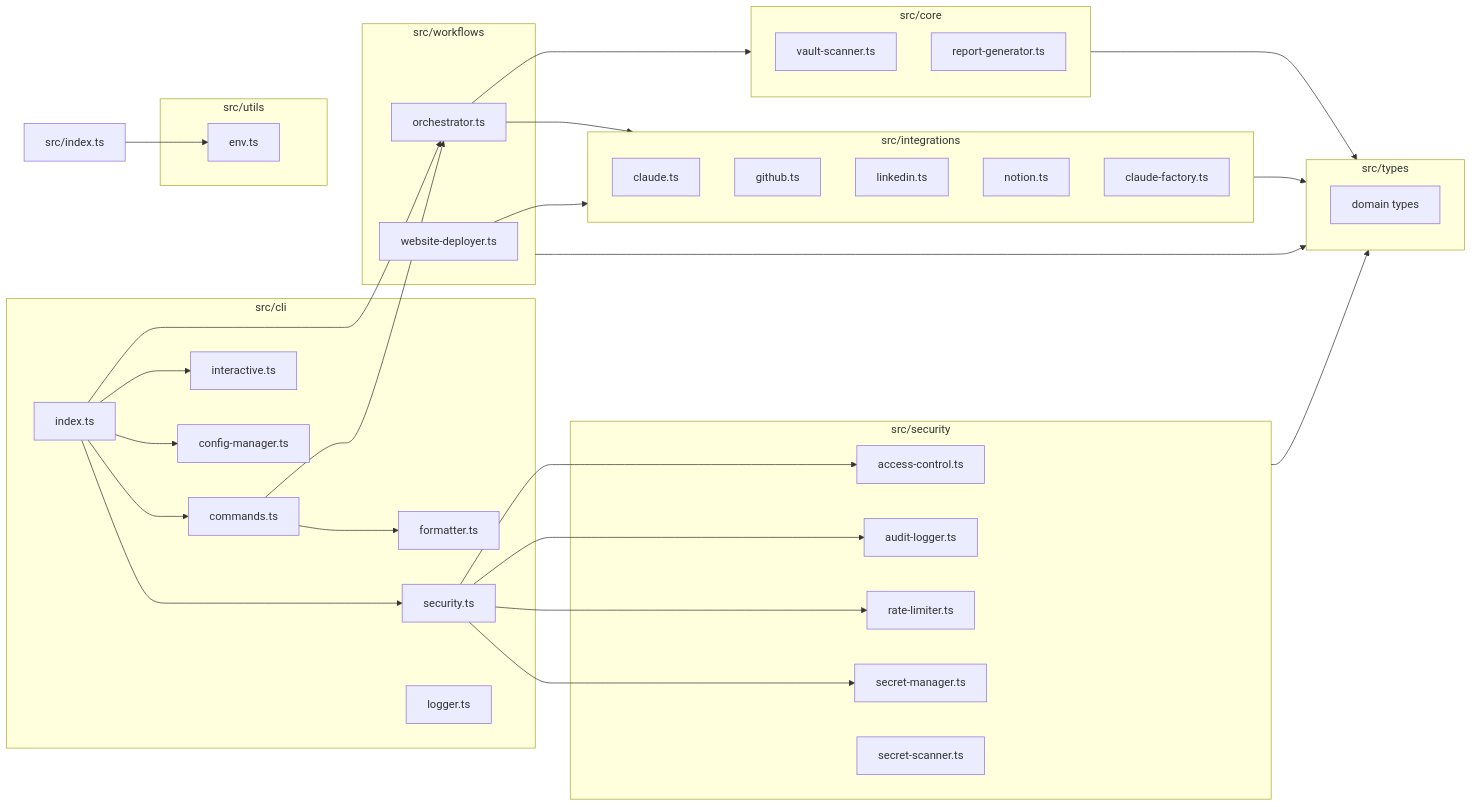
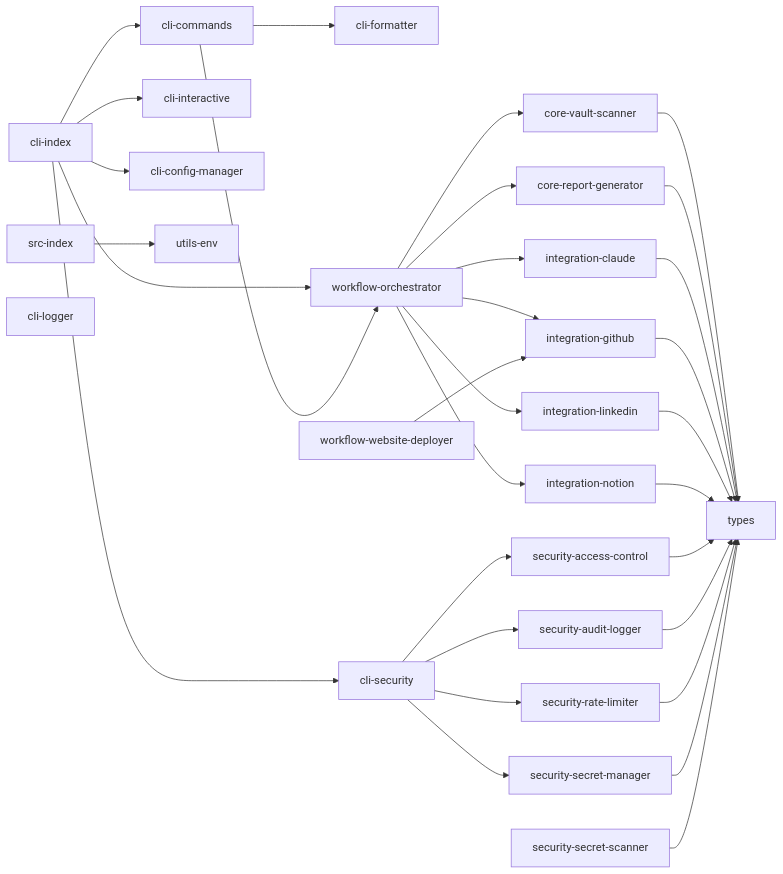
Before and after one commit to pandol69kim-bot/gitautopipe: the second of 4 diagrams in 프로젝트 전체 구조도.md, drawn with Mermaid. The commit also changed other lines of this file and 1 other file, not shown here.

Commit message:
feat: Update project diagrams to improve Mermaid compatibility and clarity

````diff
--- a/프로젝트 전체 구조도.md
+++ b/프로젝트 전체 구조도.md
@@ -35,72 +32,56 @@
 ```mermaid
-flowchart LR
-  Entry["src/index.ts"]
-
-  subgraph CLI["src/cli"]
-    CLIIndex["index.ts"]
-    Commands["commands.ts"]
-    Interactive["interactive.ts"]
-    Formatter["formatter.ts"]
-    ConfigManager["config-manager.ts"]
-    CLISecurity["security.ts"]
-    Logger["logger.ts"]
-  end
-
-  subgraph Core["src/core"]
-    Vault["vault-scanner.ts"]
-    Report["report-generator.ts"]
-  end
-
-  subgraph Integrations["src/integrations"]
-    Claude["claude.ts"]
-    GitHub["github.ts"]
-    LinkedIn["linkedin.ts"]
-    Notion["notion.ts"]
-    ClaudeFactory["claude-factory.ts"]
-  end
-
-  subgraph Workflows["src/workflows"]
-    Orchestrator["orchestrator.ts"]
-    Deployer["website-deployer.ts"]
-  end
-
-  subgraph Security["src/security"]
-    Access["access-control.ts"]
-    Audit["audit-logger.ts"]
-    Rate["rate-limiter.ts"]
-    Secrets["secret-manager.ts"]
-    Scanner["secret-scanner.ts"]
-  end
-
-  subgraph Types["src/types"]
-    TypeDefs["domain types"]
-  end
-
-  subgraph Utils["src/utils"]
-    EnvUtil["env.ts"]
-  end
-
-  Entry --> EnvUtil
-  CLIIndex --> Commands
-  CLIIndex --> Interactive
-  CLIIndex --> ConfigManager
-  CLIIndex --> CLISecurity
-  CLIIndex --> Orchestrator
-
-  Commands --> Orchestrator
-  Commands --> Formatter
-
-  CLISecurity --> Access
-  CLISecurity --> Audit
-  CLISecurity --> Rate
-  CLISecurity --> Secrets
-
-  Orchestrator --> Core
-  Orchestrator --> Integrations
-  Deployer --> Integrations
-
-  Core --> Types
-  Integrations --> Types
-  Workflows --> Types
-  Security --> Types
+graph LR
+Entry[src-index]
+CLIIndex[cli-index]
+Commands[cli-commands]
+Interactive[cli-interactive]
+Formatter[cli-formatter]
+ConfigManager[cli-config-manager]
+CLISecurity[cli-security]
+Logger[cli-logger]
+Vault[core-vault-scanner]
+Report[core-report-generator]
+Claude[integration-claude]
+GitHub[integration-github]
+LinkedIn[integration-linkedin]
+Notion[integration-notion]
+Orchestrator[workflow-orchestrator]
+Deployer[workflow-website-deployer]
+Access[security-access-control]
+Audit[security-audit-logger]
+Rate[security-rate-limiter]
+Secrets[security-secret-manager]
+Scanner[security-secret-scanner]
+Types[types]
+EnvUtil[utils-env]
+Entry --> EnvUtil
+CLIIndex --> Commands
+CLIIndex --> Interactive
+CLIIndex --> ConfigManager
+CLIIndex --> CLISecurity
+CLIIndex --> Orchestrator
+Commands --> Orchestrator
+Commands --> Formatter
+CLISecurity --> Access
+CLISecurity --> Audit
+CLISecurity --> Rate
+CLISecurity --> Secrets
+Orchestrator --> Vault
+Orchestrator --> Report
+Orchestrator --> Claude
+Orchestrator --> GitHub
+Orchestrator --> LinkedIn
+Orchestrator --> Notion
+Deployer --> GitHub
+Vault --> Types
+Report --> Types
+Claude --> Types
+GitHub --> Types
+LinkedIn --> Types
+Notion --> Types
+Access --> Types
+Audit --> Types
+Rate --> Types
+Secrets --> Types
+Scanner --> Types
 ```
````
